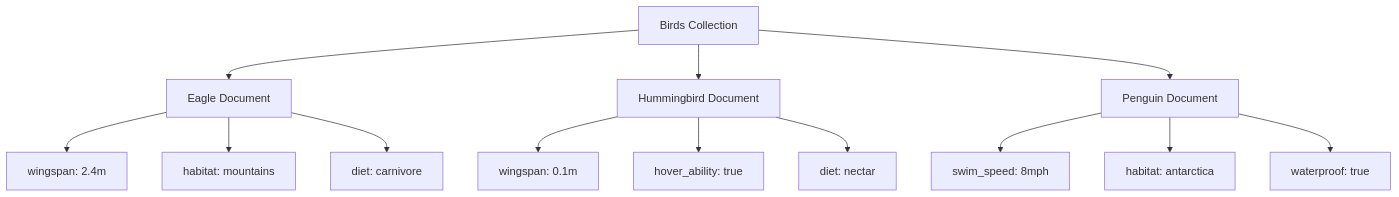
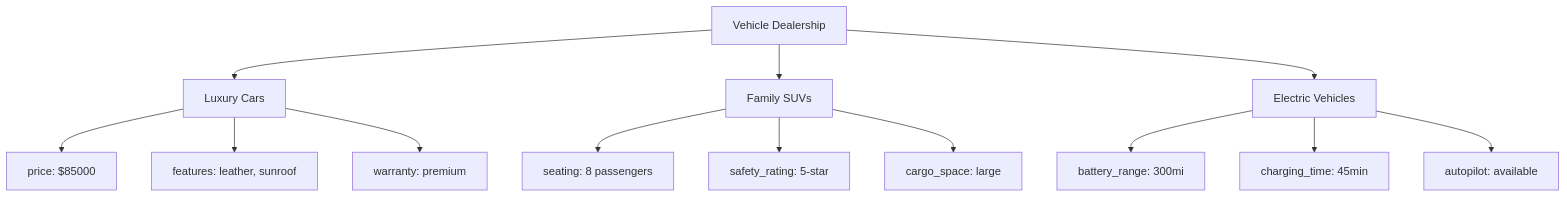
The third of 11 diagrams in mongodb-nature-guide.md (viswanathsandu/QuickGuides), drawn with Mermaid before and after one commit. The commit also changed other lines of this file, not shown here.

````diff
--- a/mongodb-nature-guide.md
+++ b/mongodb-nature-guide.md
@@ -150,18 +159,18 @@
 ```mermaid
 graph TD
-    A[Birds Collection] --> B[Eagle Document]
-    A --> C[Hummingbird Document]
-    A --> D[Penguin Document]
+    A[Vehicle Dealership] --> B[Luxury Cars]
+    A --> C[Family SUVs]
+    A --> D[Electric Vehicles]
     
-    B --> B1[wingspan: 2.4m]
-    B --> B2[habitat: mountains]
-    B --> B3[diet: carnivore]
+    B --> B1[price: $85000]
+    B --> B2[features: leather, sunroof]
+    B --> B3[warranty: premium]
     
-    C --> C1[wingspan: 0.1m]
-    C --> C2[hover_ability: true]
-    C --> C3[diet: nectar]
+    C --> C1[seating: 8 passengers]
+    C --> C2[safety_rating: 5-star]
+    C --> C3[cargo_space: large]
     
-    D --> D1[swim_speed: 8mph]
-    D --> D2[habitat: antarctica]
-    D --> D3[waterproof: true]
+    D --> D1[battery_range: 300mi]
+    D --> D2[charging_time: 45min]
+    D --> D3[autopilot: available]
 ```
````
